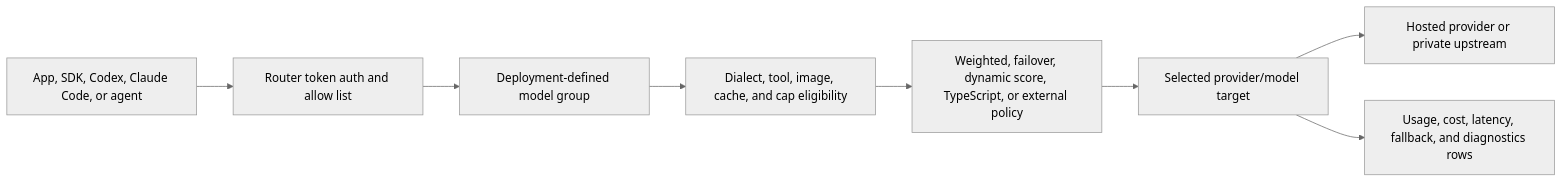
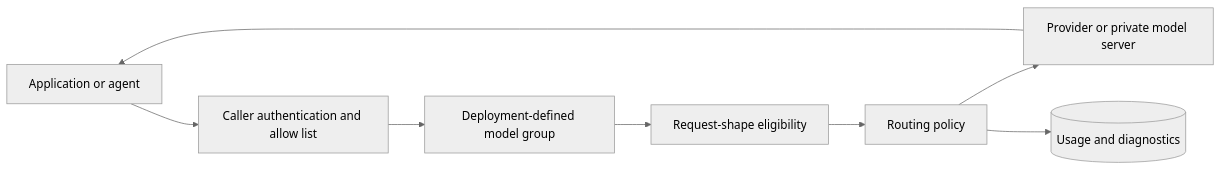
The diagram in docs-site/docs/overview.mdx (Metrum-AI-Products/genai-smart-router), drawn with Mermaid (neutral theme) before and after one commit. The commit also changed other lines of this file and 53 other files, not shown here.

````diff
--- a/docs-site/docs/overview.mdx
+++ b/docs-site/docs/overview.mdx
@@ -40,10 +31,10 @@
 ```mermaid
 flowchart LR
-  Client[App, SDK, Codex, Claude Code, or agent] --> Auth[Router token auth and allow list]
+  Client[Application or agent] --> Auth[Caller authentication and allow list]
   Auth --> Group[Deployment-defined model group]
-  Group --> Eligibility[Dialect, tool, image, cache, and cap eligibility]
-  Eligibility --> Policy[Weighted, failover, dynamic score, TypeScript, or external policy]
-  Policy --> Target[Selected provider/model target]
-  Target --> Provider[Hosted provider or private upstream]
-  Target --> Usage[Usage, cost, latency, fallback, and diagnostics rows]
+  Group --> Eligibility[Request-shape eligibility]
+  Eligibility --> Policy[Routing policy]
+  Policy --> Upstream[Provider or private model server]
+  Upstream --> Client
+  Policy --> Usage[(Usage and diagnostics)]
 ```
````
